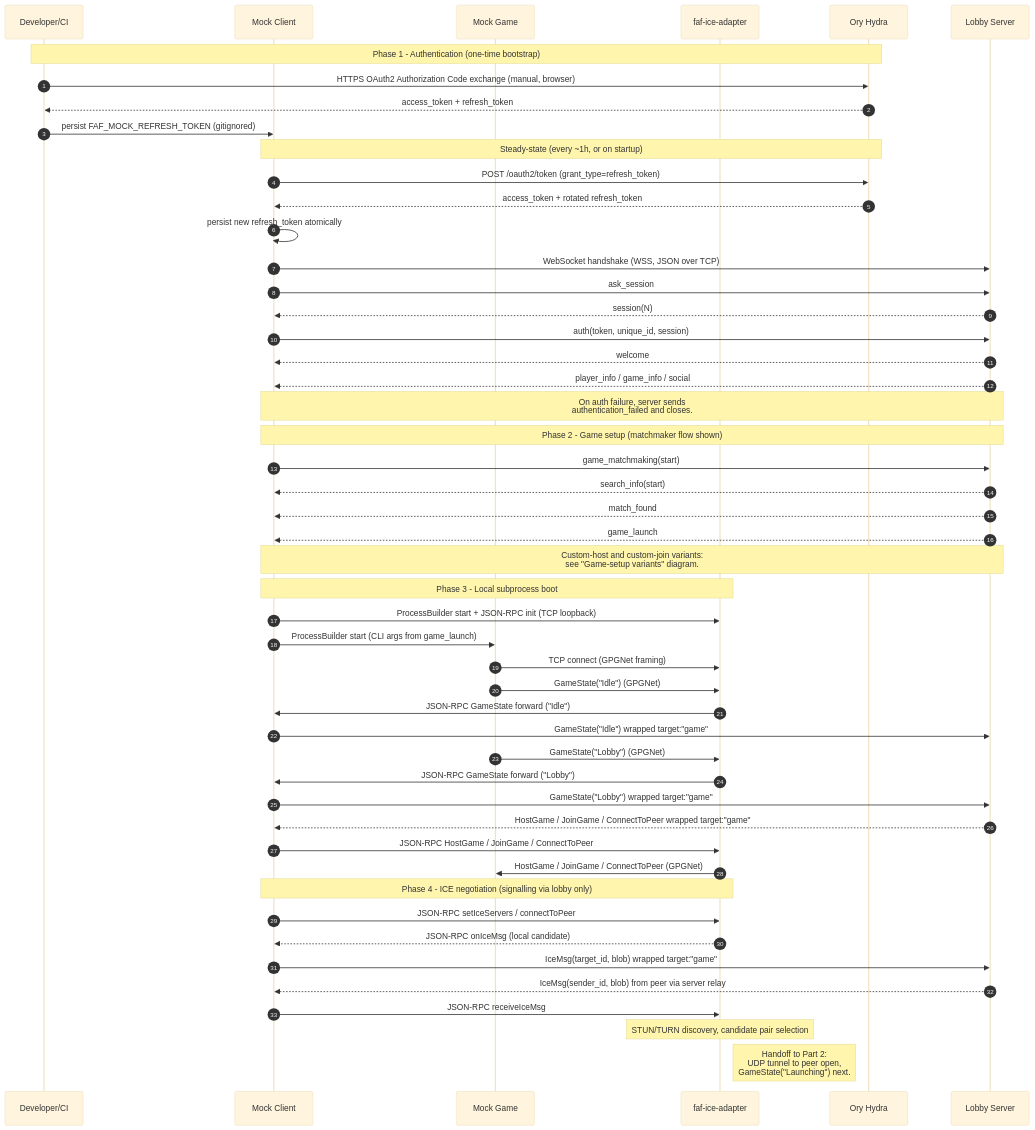
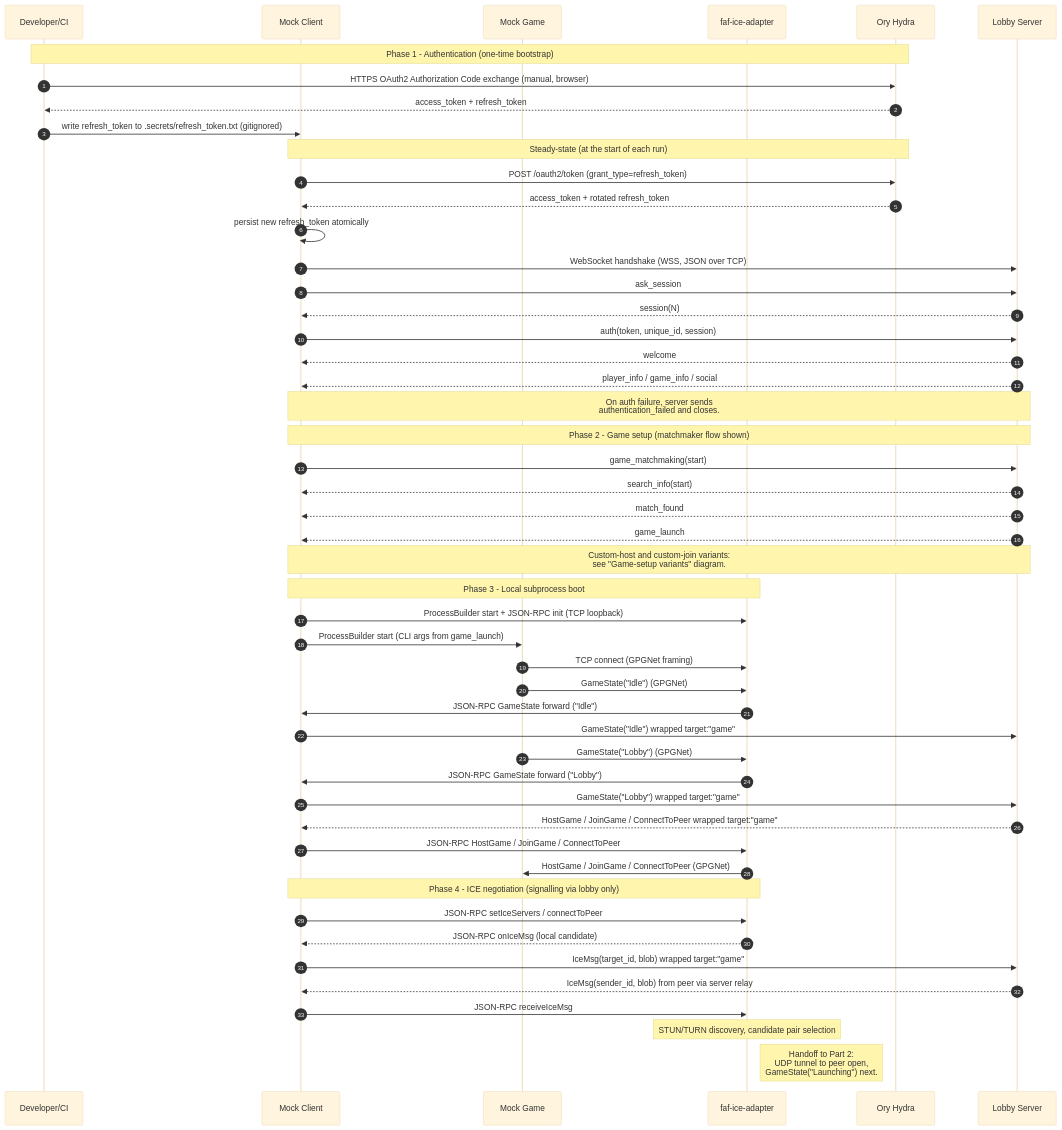
Before and after one commit to md-173/faf-test-harness: the first of 3 diagrams in documentation/diagrams/sequence-full-session.md, drawn with Mermaid (base theme). The commit also changed 11 other files, not shown here.

````diff
--- a/documentation/diagrams/sequence-full-session.md
+++ b/documentation/diagrams/sequence-full-session.md
@@ -27,59 +27,59 @@
 ```mermaid
 sequenceDiagram
     autonumber
     participant Dev as Developer/CI
     participant MC as Mock Client
     participant MG as Mock Game
     participant IA as faf-ice-adapter
     participant Hydra as Ory Hydra
     participant LS as Lobby Server
 
     Note over Dev,Hydra: Phase 1 - Authentication (one-time bootstrap)
     Dev->>Hydra: HTTPS OAuth2 Authorization Code exchange (manual, browser)
     Hydra-->>Dev: access_token + refresh_token
-    Dev->>MC: persist FAF_MOCK_REFRESH_TOKEN (gitignored)
+    Dev->>MC: write refresh_token to .secrets/refresh_token.txt (gitignored)
 
-    Note over MC,Hydra: Steady-state (every ~1h, or on startup)
+    Note over MC,Hydra: Steady-state (at the start of each run)
     MC->>Hydra: POST /oauth2/token (grant_type=refresh_token)
     Hydra-->>MC: access_token + rotated refresh_token
     MC->>MC: persist new refresh_token atomically
 
 
     MC->>LS: WebSocket handshake (WSS, JSON over TCP)
     MC->>LS: ask_session
     LS-->>MC: session(N)
     MC->>LS: auth(token, unique_id, session)
     LS-->>MC: welcome
     LS-->>MC: player_info / game_info / social
     Note over MC,LS: On auth failure, server sends<br/>authentication_failed and closes.
 
     Note over MC,LS: Phase 2 - Game setup (matchmaker flow shown)
     MC->>LS: game_matchmaking(start)
     LS-->>MC: search_info(start)
     LS-->>MC: match_found
     LS-->>MC: game_launch
     Note over MC,LS: Custom-host and custom-join variants:<br/>see "Game-setup variants" diagram.
 
     Note over MC,IA: Phase 3 - Local subprocess boot
     MC->>IA: ProcessBuilder start + JSON-RPC init (TCP loopback)
     MC->>MG: ProcessBuilder start (CLI args from game_launch)
         MG->>IA: TCP connect (GPGNet framing)
     MG->>IA: GameState("Idle") (GPGNet)
     IA->>MC: JSON-RPC GameState forward ("Idle")
     MC->>LS: GameState("Idle") wrapped target:"game"
     MG->>IA: GameState("Lobby") (GPGNet)
     IA->>MC: JSON-RPC GameState forward ("Lobby")
     MC->>LS: GameState("Lobby") wrapped target:"game"
     LS-->>MC: HostGame / JoinGame / ConnectToPeer wrapped target:"game"
     MC->>IA: JSON-RPC HostGame / JoinGame / ConnectToPeer
     IA->>MG: HostGame / JoinGame / ConnectToPeer (GPGNet)
 
     Note over MC,IA: Phase 4 - ICE negotiation (signalling via lobby only)
     MC->>IA: JSON-RPC setIceServers / connectToPeer
     IA-->>MC: JSON-RPC onIceMsg (local candidate)
     MC->>LS: IceMsg(target_id, blob) wrapped target:"game"
     LS-->>MC: IceMsg(sender_id, blob) from peer via server relay
     MC->>IA: JSON-RPC receiveIceMsg
     Note over IA: STUN/TURN discovery, candidate pair selection
     Note right of IA: Handoff to Part 2:<br/>UDP tunnel to peer open,<br/>GameState("Launching") next.
 ```
````
